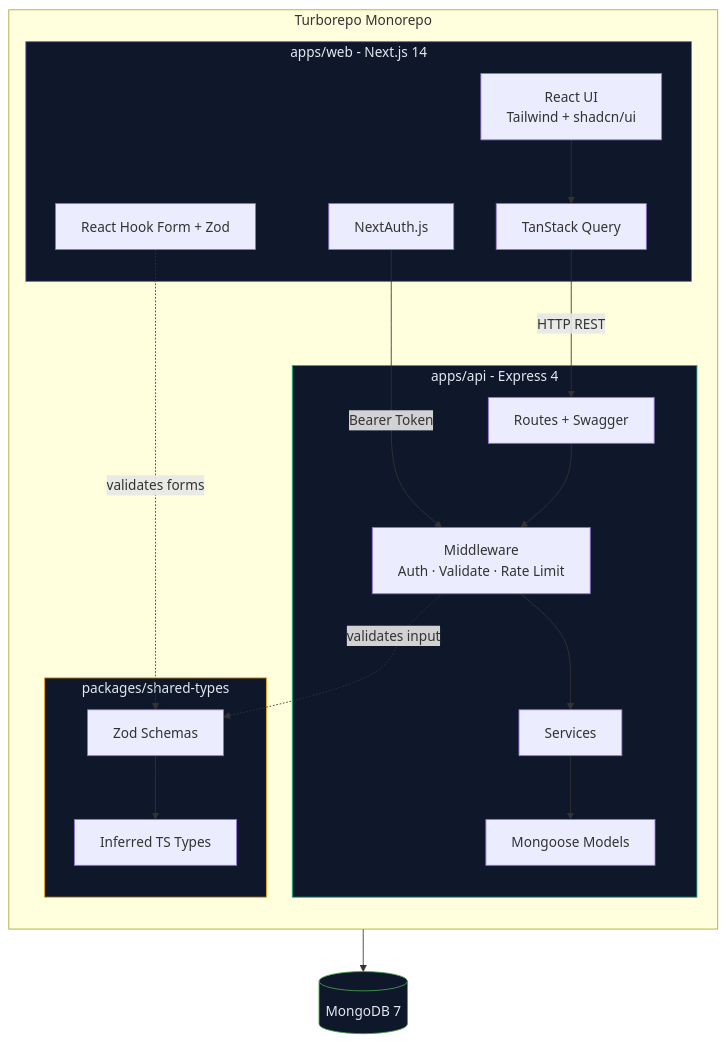
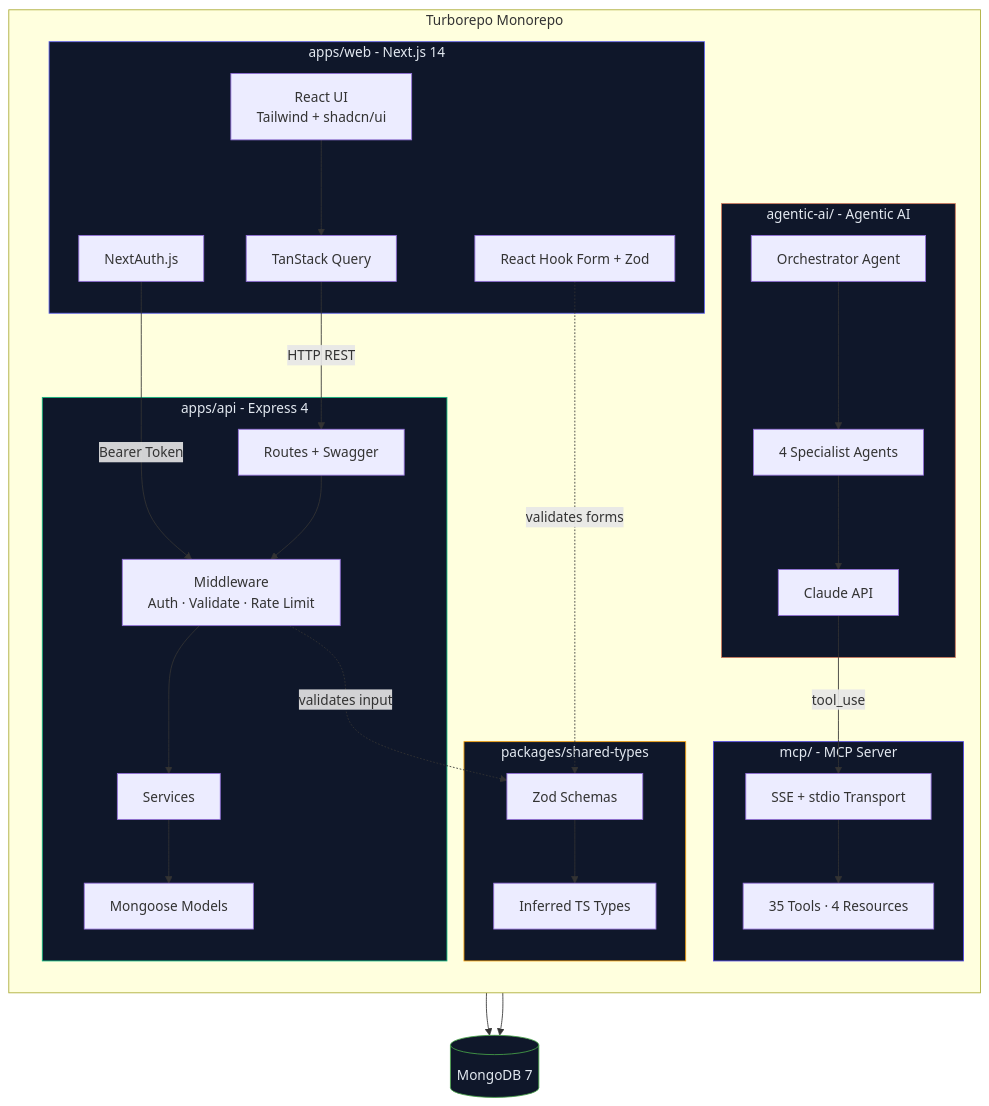
One commit to Anto1712/WealthWise-Finance-Tracker changed the first of 6 diagrams in README.md. Above: the diagram before and after it, drawn with Mermaid. The commit also changed other lines of this file and 9 other files, not shown here.

````diff
--- a/README.md
+++ b/README.md
@@ -96,40 +102,56 @@
 ```mermaid
 graph TB
     subgraph Monorepo["Turborepo Monorepo"]
         direction TB
 
         subgraph Frontend["apps/web - Next.js 14"]
             UI["React UI<br/>Tailwind + shadcn/ui"]
             RQ["TanStack Query"]
             NA["NextAuth.js"]
             RHF["React Hook Form + Zod"]
         end
 
         subgraph Backend["apps/api - Express 4"]
             Routes["Routes + Swagger"]
             MW["Middleware<br/>Auth · Validate · Rate Limit"]
             Services["Services"]
             Models["Mongoose Models"]
         end
 
         subgraph Shared["packages/shared-types"]
             Schemas["Zod Schemas"]
             Types["Inferred TS Types"]
         end
+
+        subgraph MCP["mcp/ - MCP Server"]
+            MCPTools["35 Tools · 4 Resources"]
+            MCPTransport["SSE + stdio Transport"]
+        end
+
+        subgraph AgenticAI["agentic-ai/ - Agentic AI"]
+            Orchestrator["Orchestrator Agent"]
+            Specialists["4 Specialist Agents"]
+            ClaudeAPI["Claude API"]
+        end
     end
 
     DB[(MongoDB 7)]
 
     UI --> RQ
     RQ -->|"HTTP REST"| Routes
     NA -->|"Bearer Token"| MW
     RHF -.->|"validates forms"| Schemas
     Routes --> MW --> Services --> Models --> DB
     MW -.->|"validates input"| Schemas
     Schemas --> Types
+    Orchestrator --> Specialists --> ClaudeAPI
+    ClaudeAPI -->|"tool_use"| MCPTransport
+    MCPTransport --> MCPTools --> DB
 
     style Frontend fill:#0f172a,stroke:#6366f1,color:#e2e8f0
     style Backend fill:#0f172a,stroke:#10b981,color:#e2e8f0
     style Shared fill:#0f172a,stroke:#f59e0b,color:#e2e8f0
+    style MCP fill:#0f172a,stroke:#4f46e5,color:#e2e8f0
+    style AgenticAI fill:#0f172a,stroke:#cc785c,color:#e2e8f0
     style DB fill:#0f172a,stroke:#47a248,color:#e2e8f0
 ```
````
